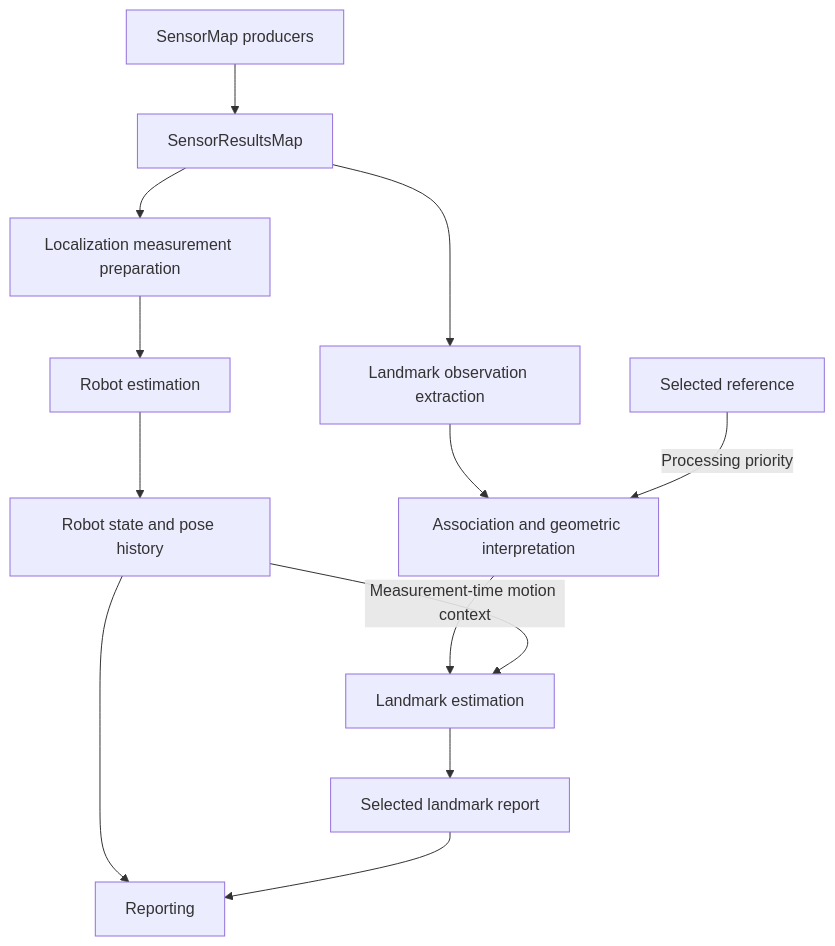
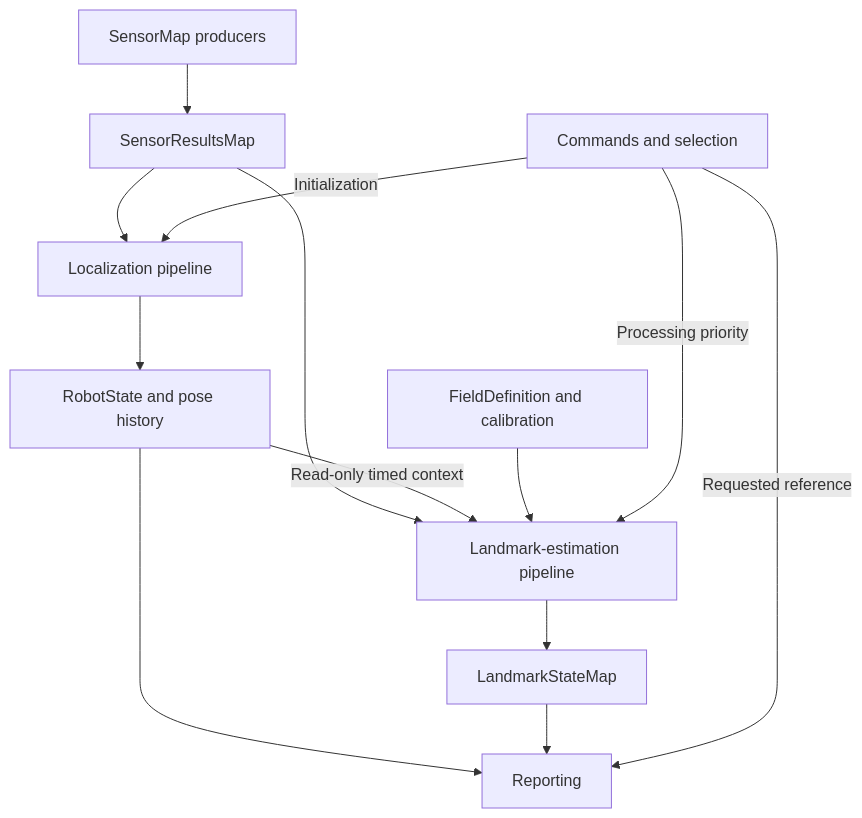
Before and after one commit to Edison-LaraBojay/GATR2-Electronics: the diagram in pi/navigatr/docs/architecture.md, drawn with Mermaid. The commit also changed other lines of this file and 5 other files, not shown here.

Commit message:
reorganize schematic into subsheets

````diff
--- a/pi/navigatr/docs/architecture.md
+++ b/pi/navigatr/docs/architecture.md
@@ -28,15 +28,15 @@
 ```mermaid
 flowchart TD
     S[SensorMap producers] --> R[SensorResultsMap]
-    R --> LP[Localization measurement preparation]
-    LP --> LE[Robot estimation]
-    LE --> L[Robot state and pose history]
-    R --> OP[Landmark observation extraction]
-    OP --> A[Association and geometric interpretation]
-    Q[Selected reference] -->|Processing priority| A
-    A --> E[Landmark estimation]
-    L -->|Measurement-time motion context| E
-    E --> K[Selected landmark report]
+    R --> LP[Localization pipeline]
+    LP --> L[RobotState and pose history]
+    R --> KP[Landmark-estimation pipeline]
+    L -->|Read-only timed context| KP
+    F[FieldDefinition and calibration] --> KP
+    Q[Commands and selection] -->|Initialization| LP
+    Q -->|Processing priority| KP
+    KP --> K[LandmarkStateMap]
     L --> P[Reporting]
     K --> P
+    Q -->|Requested reference| P
 ```
````
